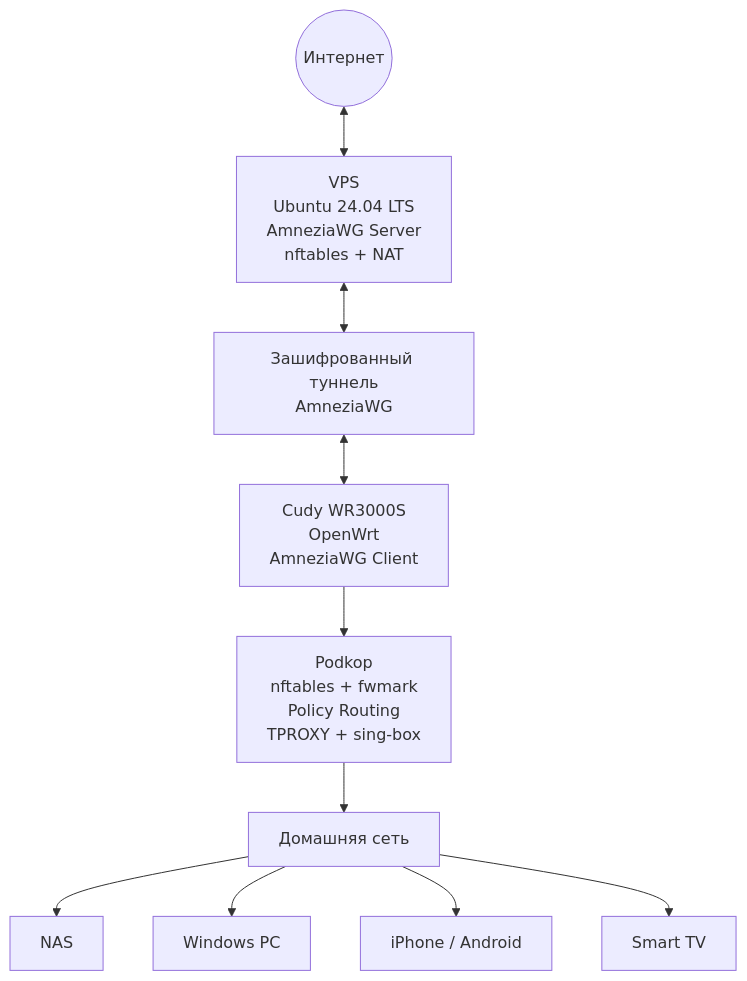
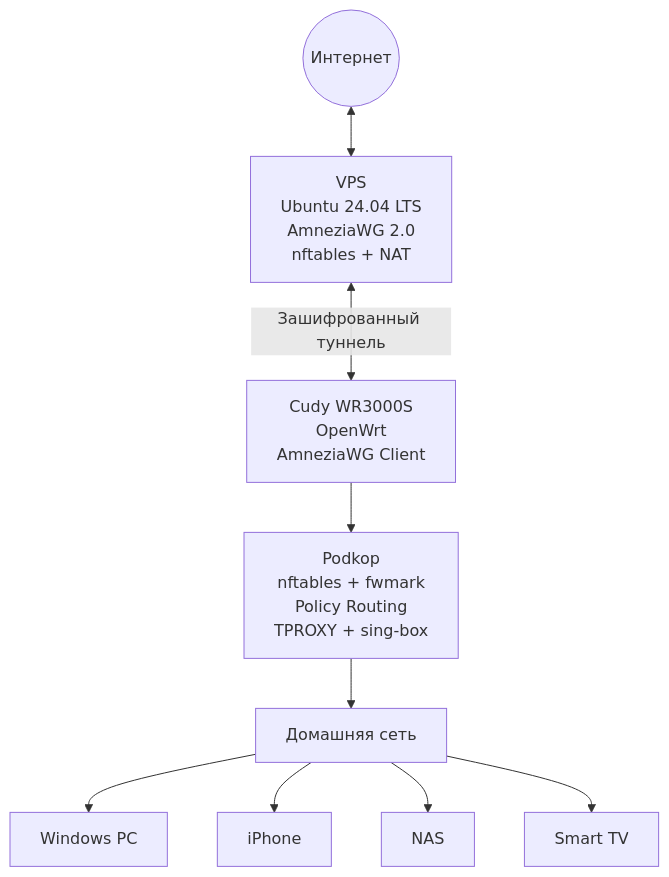
The diagram in README.md (mannaro/amneziawg-selfhost), drawn with Mermaid before and after one commit. The commit also changed other lines of this file and 3 other files, not shown here.

````diff
--- a/README.md
+++ b/README.md
@@ -56,30 +53,27 @@
 ```mermaid
 flowchart TB
     Internet((Интернет))
 
-    VPS["VPS<br/>Ubuntu 24.04 LTS<br/>AmneziaWG Server<br/>nftables + NAT"]
-
-    Tunnel["Зашифрованный туннель<br/>AmneziaWG"]
+    VPS["VPS<br/>Ubuntu 24.04 LTS<br/>AmneziaWG 2.0<br/>nftables + NAT"]
 
     Router["Cudy WR3000S<br/>OpenWrt<br/>AmneziaWG Client"]
 
     Routing["Podkop<br/>nftables + fwmark<br/>Policy Routing<br/>TPROXY + sing-box"]
 
     LAN["Домашняя сеть"]
 
+    PC["Windows PC"]
+    Phone["iPhone"]
     NAS["NAS"]
-    PC["Windows PC"]
-    Phone["iPhone / Android"]
     TV["Smart TV"]
 
     Internet <--> VPS
-    VPS <--> Tunnel
-    Tunnel <--> Router
+    VPS <-->|Зашифрованный туннель| Router
     Router --> Routing
     Routing --> LAN
 
-    LAN --> NAS
     LAN --> PC
     LAN --> Phone
+    LAN --> NAS
     LAN --> TV
 ```
````
